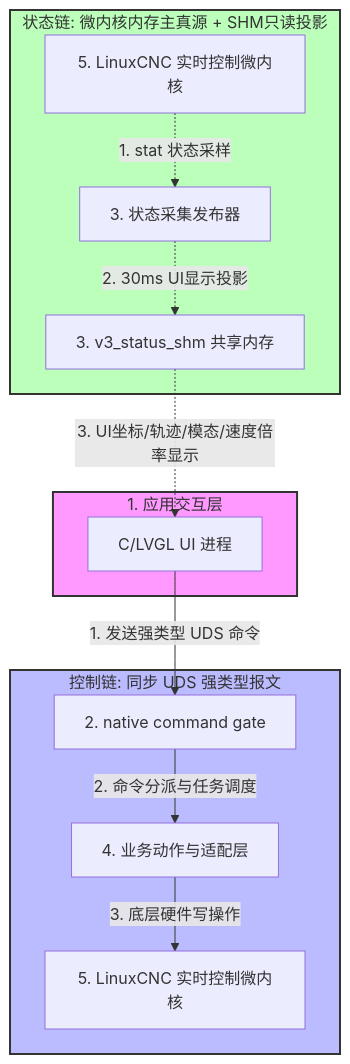
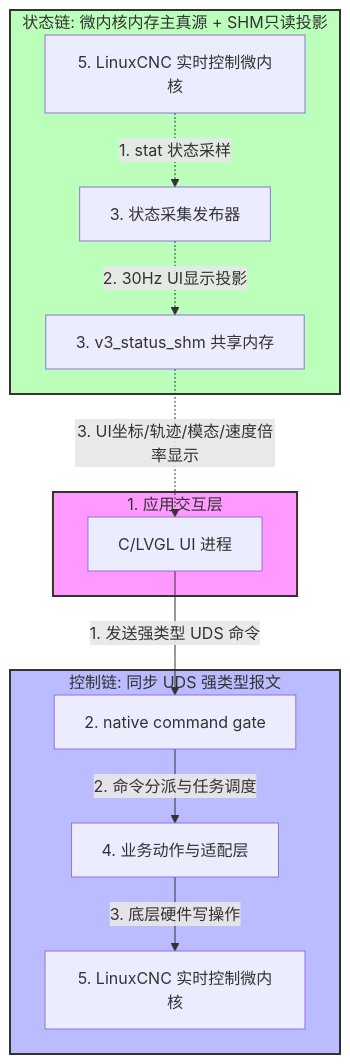
Before and after one commit to gdsj2001/v5: the diagram in 系统代码架构硬边界守则.md, drawn with Mermaid. The commit also changed other lines of this file and 268 other files, not shown here.

````diff
--- a/系统代码架构硬边界守则.md
+++ b/系统代码架构硬边界守则.md
@@ -124,34 +124,34 @@
 ```mermaid
 graph TD
     %% 交互层
     subgraph UI_Layer [1. 应用交互层]
         UI[C/LVGL UI 进程]
     end
 
     %% 控制链
     subgraph Control_Chain [控制链: 同步 UDS 强类型报文]
         Broker[2. native command gate]
         Actions[4. 业务动作与适配层]
         LCNC_Cmd[5. LinuxCNC 实时控制微内核]
 
         UI -->|1. 发送强类型 UDS 命令| Broker
         Broker -->|2. 命令分派与任务调度| Actions
         Actions -->|3. 底层硬件写操作| LCNC_Cmd
     end
 
     %% 状态链
     subgraph State_Chain [状态链: 微内核内存主真源 + SHM只读投影]
         LCNC_Stat[5. LinuxCNC 实时控制微内核]
         Publisher[3. 状态采集发布器]
         SHM[3. v3_status_shm 共享内存]
 
         LCNC_Stat -.->|1. stat 状态采样| Publisher
-        Publisher -.->|2. 30ms UI显示投影| SHM
+        Publisher -.->|2. 30Hz UI显示投影| SHM
         SHM -.->|3. UI坐标/轨迹/模态/速度倍率显示| UI
     end
 
     %% 样式微调
     style UI_Layer fill:#f9f,stroke:#333,stroke-width:2px
     style Control_Chain fill:#bbf,stroke:#333,stroke-width:2px
     style State_Chain fill:#bfb,stroke:#333,stroke-width:2px
 ```
````
